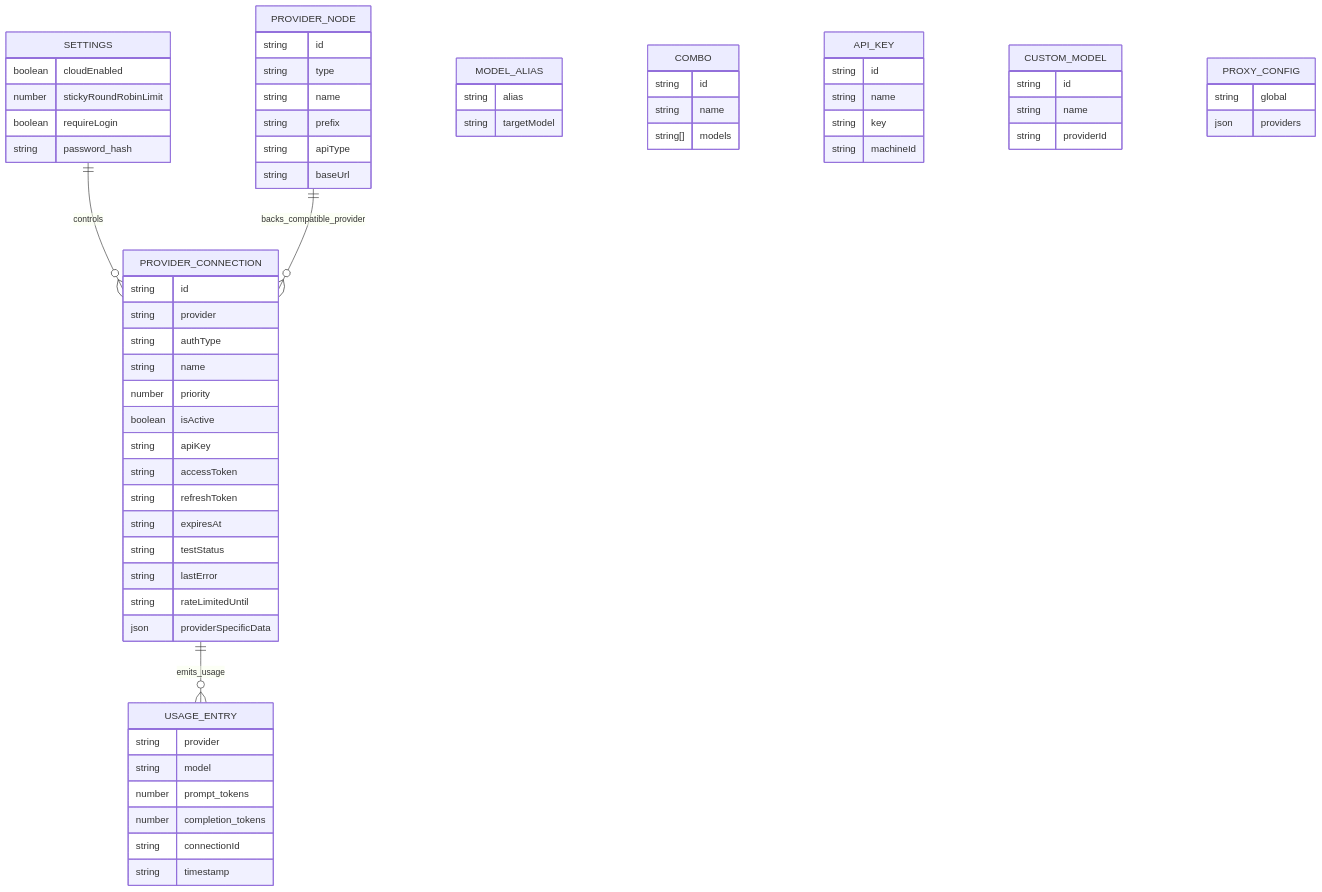
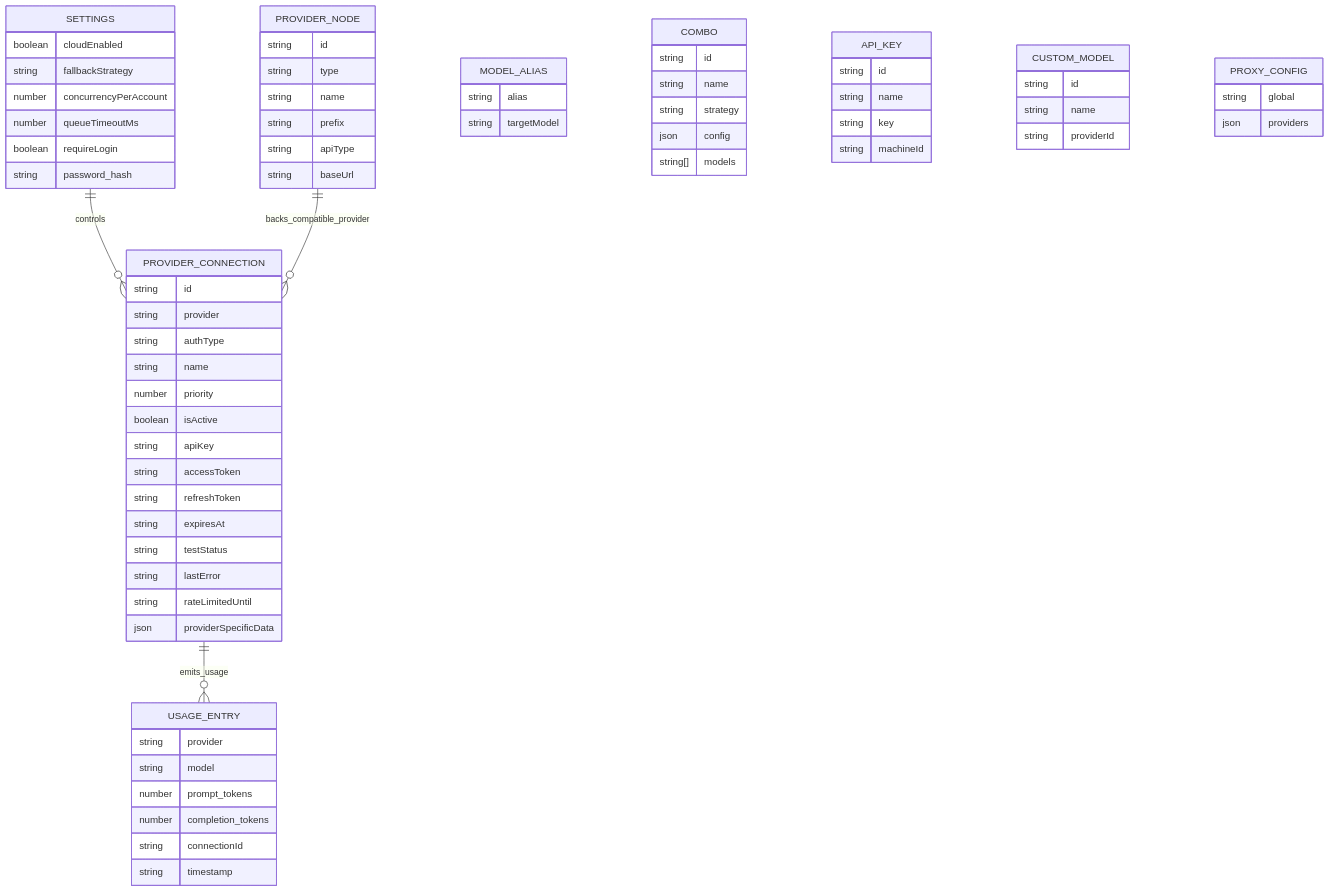
Before and after one commit to diegosouzapw/9router: the seventh of 8 diagrams in docs/ARCHITECTURE.md, drawn with Mermaid. The commit also changed other lines of this file and 9 other files, not shown here.

````diff
--- a/docs/ARCHITECTURE.md
+++ b/docs/ARCHITECTURE.md
@@ -326,77 +397,81 @@
 ```mermaid
 erDiagram
     SETTINGS ||--o{ PROVIDER_CONNECTION : controls
     PROVIDER_NODE ||--o{ PROVIDER_CONNECTION : backs_compatible_provider
     PROVIDER_CONNECTION ||--o{ USAGE_ENTRY : emits_usage
 
     SETTINGS {
       boolean cloudEnabled
-      number stickyRoundRobinLimit
+      string fallbackStrategy
+      number concurrencyPerAccount
+      number queueTimeoutMs
       boolean requireLogin
       string password_hash
     }
 
     PROVIDER_CONNECTION {
       string id
       string provider
       string authType
       string name
       number priority
       boolean isActive
       string apiKey
       string accessToken
       string refreshToken
       string expiresAt
       string testStatus
       string lastError
       string rateLimitedUntil
       json providerSpecificData
     }
 
     PROVIDER_NODE {
       string id
       string type
       string name
       string prefix
       string apiType
       string baseUrl
     }
 
     MODEL_ALIAS {
       string alias
       string targetModel
     }
 
     COMBO {
       string id
       string name
+      string strategy
+      json config
       string[] models
     }
 
     API_KEY {
       string id
       string name
       string key
       string machineId
     }
 
     USAGE_ENTRY {
       string provider
       string model
       number prompt_tokens
       number completion_tokens
       string connectionId
       string timestamp
     }
 
     CUSTOM_MODEL {
       string id
       string name
       string providerId
     }
 
     PROXY_CONFIG {
       string global
       json providers
     }
 ```
````
